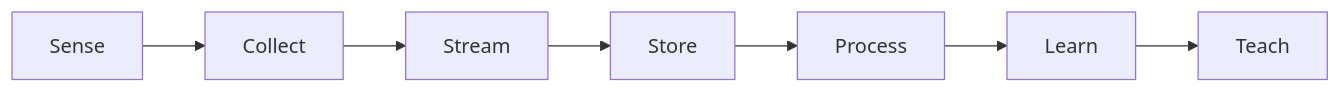
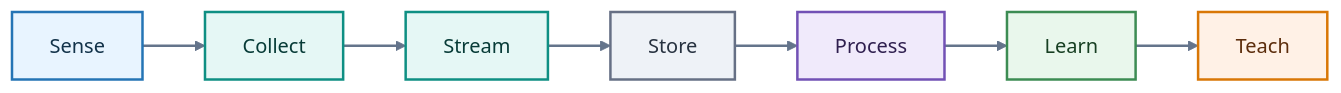
Before and after one commit to BosenkoTM/Big-data-processing-methods: the first of 13 diagrams in 2026/lectures/lecture_03_robotics_iot_big_data.md, drawn with Mermaid. The commit also changed other lines of this file, not shown here.

````diff
--- a/2026/lectures/lecture_03_robotics_iot_big_data.md
+++ b/2026/lectures/lecture_03_robotics_iot_big_data.md
@@ -8,16 +8,28 @@
 ```mermaid
 flowchart LR
     S0["Sense"]
     S1["Collect"]
     S2["Stream"]
     S3["Store"]
     S4["Process"]
     S5["Learn"]
     S6["Teach"]
-    S0 --> S1
-    S1 --> S2
-    S2 --> S3
-    S3 --> S4
-    S4 --> S5
-    S5 --> S6
+
+    S0 --> S1 --> S2 --> S3 --> S4 --> S5 --> S6
+
+    classDef sense fill:#E8F4FF,stroke:#2474B5,color:#12324A,stroke-width:2px
+    classDef flow fill:#E5F7F5,stroke:#0E8F83,color:#073B37,stroke-width:2px
+    classDef store fill:#EEF2F7,stroke:#667085,color:#273240,stroke-width:2px
+    classDef process fill:#F0EAFB,stroke:#7251B5,color:#2F1F4F,stroke-width:2px
+    classDef learn fill:#E9F7EC,stroke:#3C8C53,color:#173F22,stroke-width:2px
+    classDef teach fill:#FFF1E6,stroke:#D97706,color:#5C2D0C,stroke-width:2px
+
+    class S0 sense
+    class S1,S2 flow
+    class S3 store
+    class S4 process
+    class S5 learn
+    class S6 teach
+
+    linkStyle default stroke:#64748B,stroke-width:2px
 ```
````
